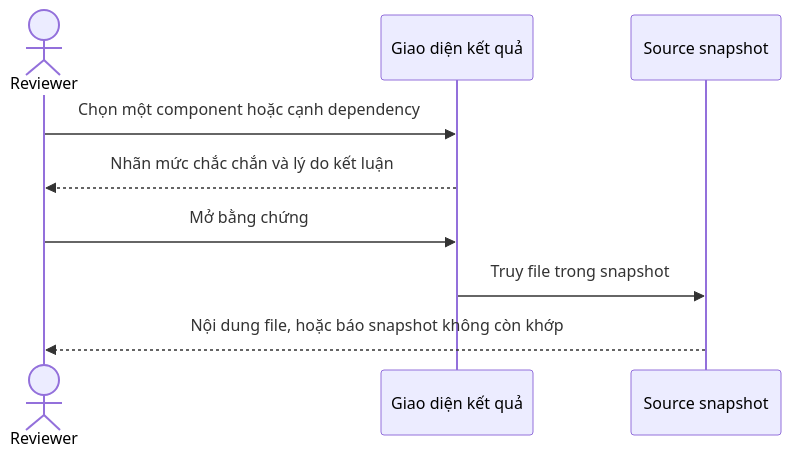
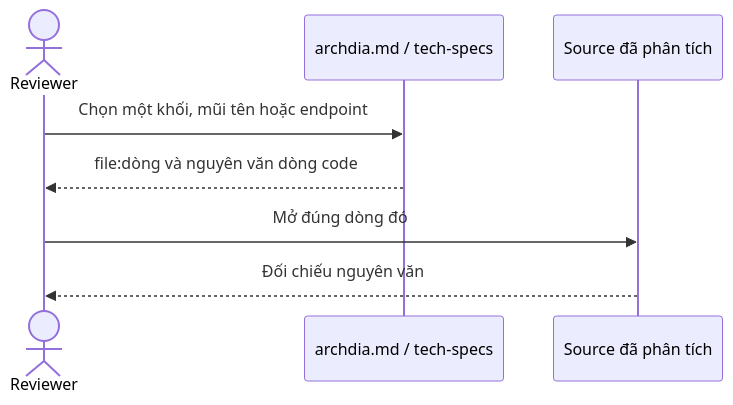
Before and after one commit to nchoang1004/l3-generator-fr029: the second of 2 diagrams in .aide/product/prd/PRD-L3GEN-2609-001.md, drawn with Mermaid. The commit also changed other lines of this file and 36 other files, not shown here.

````diff
--- a/.aide/product/prd/PRD-L3GEN-2609-001.md
+++ b/.aide/product/prd/PRD-L3GEN-2609-001.md
@@ -316,11 +282,10 @@
 ```mermaid
 sequenceDiagram
     actor Reviewer
-    participant View as Giao diện kết quả
-    participant Snap as Source snapshot
-    Reviewer->>View: Chọn một component hoặc cạnh dependency
-    View-->>Reviewer: Nhãn mức chắc chắn và lý do kết luận
-    Reviewer->>View: Mở bằng chứng
-    View->>Snap: Truy file trong snapshot
-    Snap-->>Reviewer: Nội dung file, hoặc báo snapshot không còn khớp
+    participant Doc as archdia.md / tech-specs
+    participant Repo as Source đã phân tích
+    Reviewer->>Doc: Chọn một khối, mũi tên hoặc endpoint
+    Doc-->>Reviewer: file:dòng và nguyên văn dòng code
+    Reviewer->>Repo: Mở đúng dòng đó
+    Repo-->>Reviewer: Đối chiếu nguyên văn
 ```
````
